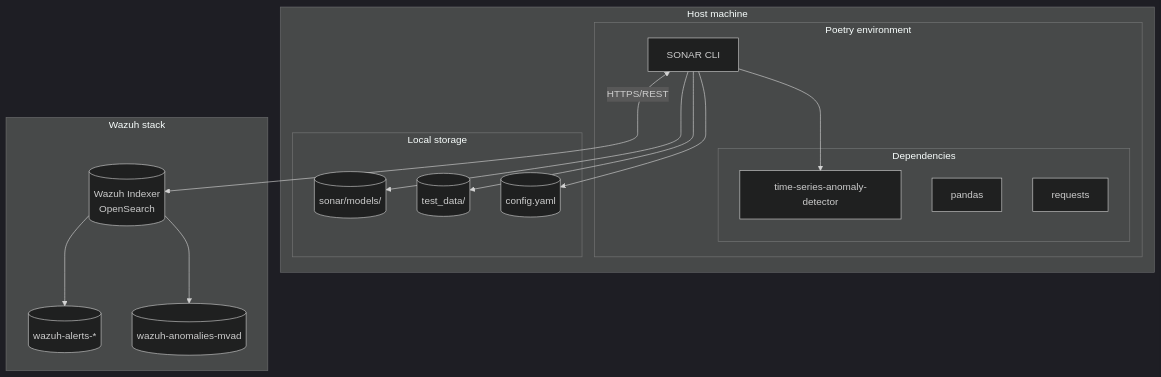
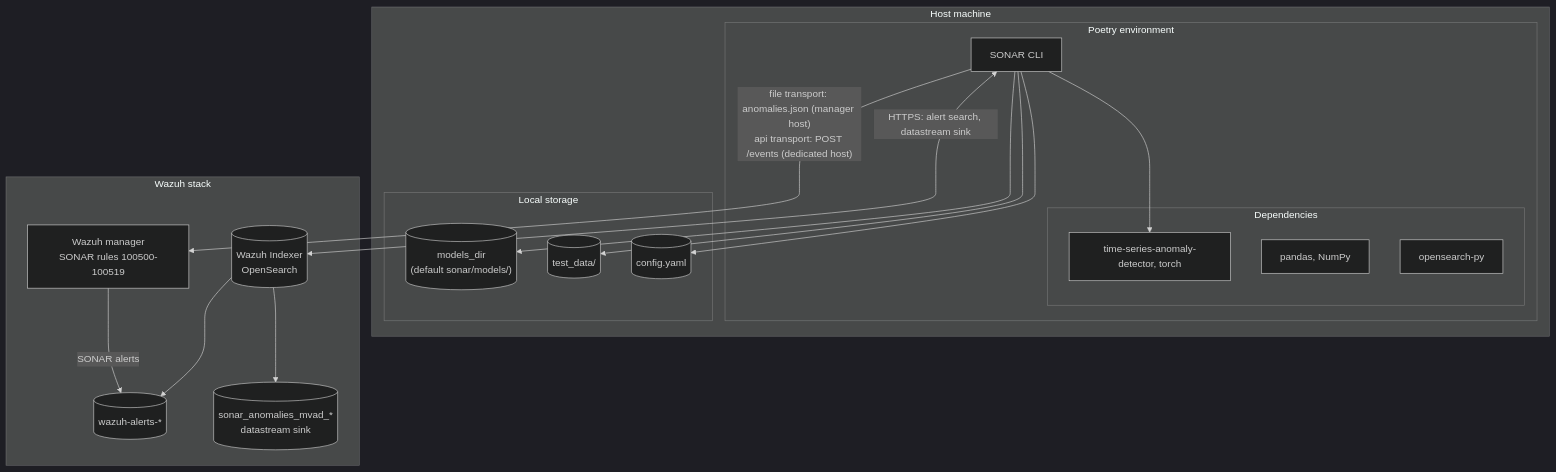
One commit to AbstractionsLab/idps-escape changed the ninth of 9 diagrams in docs/manual/sonar_docs/uml-diagrams.md. Above: the diagram before and after it, drawn with Mermaid (dark theme). The commit also changed other lines of this file and 682 other files, not shown here.

````diff
--- a/docs/manual/sonar_docs/uml-diagrams.md
+++ b/docs/manual/sonar_docs/uml-diagrams.md
@@ -579,33 +870,36 @@
 ```mermaid
 flowchart TB
     subgraph Host["Host machine"]
         subgraph Poetry["Poetry environment"]
             CLI[SONAR CLI]
             subgraph Deps["Dependencies"]
-                MVAD[time-series-anomaly-detector]
-                Pandas[pandas]
-                Requests[requests]
+                MVAD[time-series-anomaly-detector, torch]
+                Pandas[pandas, NumPy]
+                OpenSearchPy[opensearch-py]
             end
         end
 
         subgraph Storage["Local storage"]
-            Model[(sonar/models/)]
+            Model[("models_dir<br/>(default sonar/models/)")]
             TestData[(test_data/)]
             Config[(config.yaml)]
         end
     end
 
     subgraph Wazuh["Wazuh stack"]
+        Manager[Wazuh manager<br/>SONAR rules 100500-100519]
         Indexer[(Wazuh Indexer<br/>OpenSearch)]
         Alerts[(wazuh-alerts-*)]
-        Anomalies[(wazuh-anomalies-mvad)]
+        Streams[(sonar_anomalies_mvad_*<br/>datastream sink)]
     end
 
     CLI --> Model
     CLI --> TestData
     CLI --> Config
     CLI --> MVAD
-    CLI <-->|HTTPS/REST| Indexer
+    CLI <-->|"HTTPS: alert search, datastream sink"| Indexer
+    CLI -->|"file transport: anomalies.json (manager host)<br/>api transport: POST /events (dedicated host)"| Manager
+    Manager -->|SONAR alerts| Alerts
     Indexer --> Alerts
-    Indexer --> Anomalies
+    Indexer --> Streams
 ```
````
